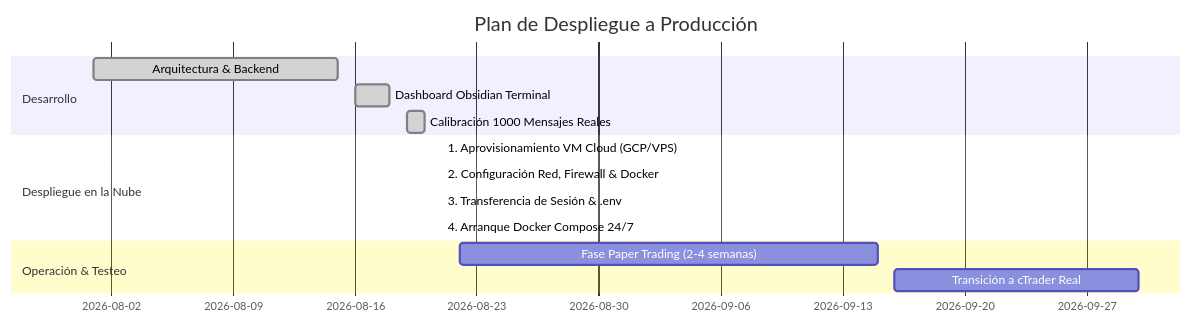
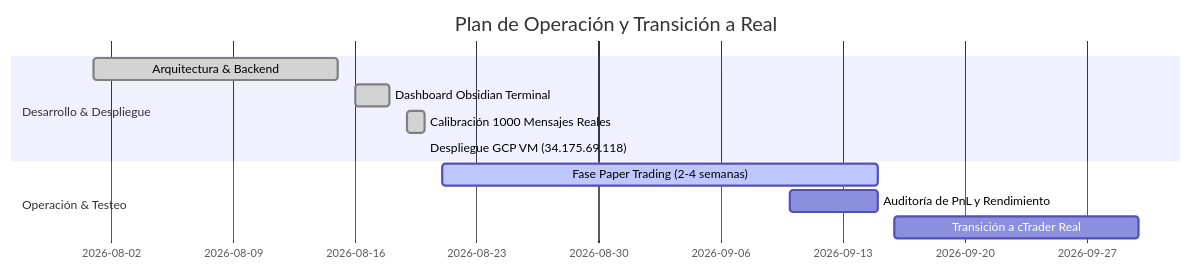
The second of 2 diagrams in README.md (Amartileyton/autooro), drawn with Mermaid before and after one commit. The commit also changed other lines of this file and 3 other files, not shown here.

Commit message:
docs: update README with production cloud deployment status and roadmap

````diff
--- a/README.md
+++ b/README.md
@@ -58,17 +62,14 @@
 ```mermaid
 gantt
-    title Plan de Despliegue a Producción
+    title Plan de Operación y Transición a Real
     dateFormat  YYYY-MM-DD
-    section Desarrollo
+    section Desarrollo & Despliegue
     Arquitectura & Backend           :done, 2026-08-01, 2026-08-15
     Dashboard Obsidian Terminal      :done, 2026-08-16, 2026-08-18
     Calibración 1000 Mensajes Reales :done, 2026-08-19, 2026-08-20
-    section Despliegue en la Nube
-    1. Aprovisionamiento VM Cloud (GCP/VPS) :active, 2026-08-21, 2026-08-21
-    2. Configuración Red, Firewall & Docker : 2026-08-21, 2026-08-21
-    3. Transferencia de Sesión & .env       : 2026-08-21, 2026-08-21
-    4. Arranque Docker Compose 24/7         : 2026-08-21, 2026-08-21
+    Despliegue GCP VM (34.175.69.118):done, 2026-08-20, 2026-08-20
     section Operación & Testeo
-    Fase Paper Trading (2-4 semanas)        : 2026-08-22, 2026-09-15
-    Transición a cTrader Real               : 2026-09-16, 2026-09-30
+    Fase Paper Trading (2-4 semanas) :active, 2026-08-21, 2026-09-15
+    Auditoría de PnL y Rendimiento   : 2026-09-10, 2026-09-15
+    Transición a cTrader Real        : 2026-09-16, 2026-09-30
 ```
````
